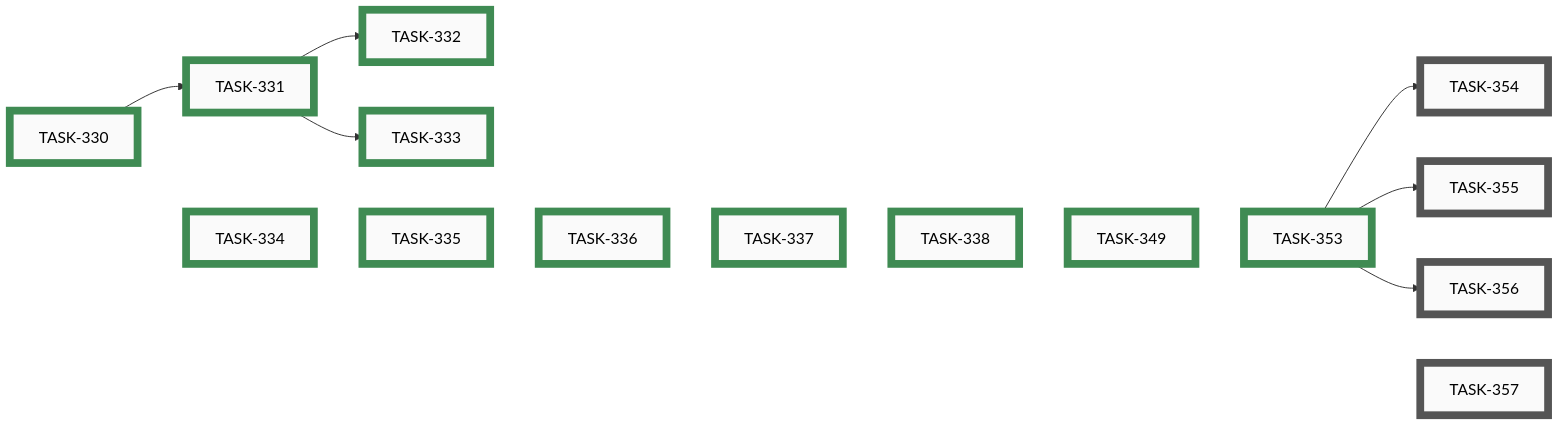
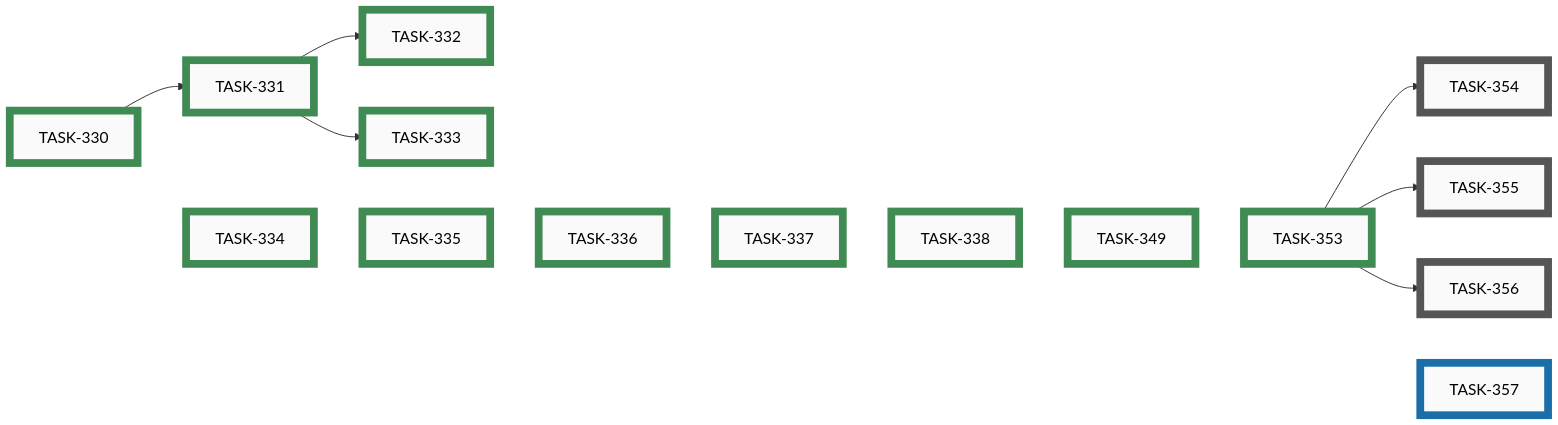
Before and after one commit to tgd1975/AwesomeStudioPedal: the eighth of 11 diagrams in docs/developers/tasks/EPICS.md, drawn with Mermaid. The commit also changed other lines of this file and 12 other files, not shown here.

````diff
--- a/docs/developers/tasks/EPICS.md
+++ b/docs/developers/tasks/EPICS.md
@@ -297,48 +297,48 @@
 ```mermaid
 graph LR
     TASK_354["TASK-354"]:::open
     TASK_355["TASK-355"]:::open
     TASK_356["TASK-356"]:::open
-    TASK_357["TASK-357"]:::open
+    TASK_357["TASK-357"]:::active
     TASK_330["TASK-330"]:::closed
     TASK_331["TASK-331"]:::closed
     TASK_332["TASK-332"]:::closed
     TASK_333["TASK-333"]:::closed
     TASK_334["TASK-334"]:::closed
     TASK_335["TASK-335"]:::closed
     TASK_336["TASK-336"]:::closed
     TASK_337["TASK-337"]:::closed
     TASK_338["TASK-338"]:::closed
     TASK_349["TASK-349"]:::closed
     TASK_353["TASK-353"]:::closed
     TASK_353 --> TASK_354
     TASK_353 --> TASK_355
     TASK_353 --> TASK_356
     TASK_330 --> TASK_331
     TASK_331 --> TASK_332
     TASK_331 --> TASK_333
     TASK_330 ~~~ TASK_334 ~~~ TASK_335 ~~~ TASK_336 ~~~ TASK_337 ~~~ TASK_338 ~~~ TASK_349 ~~~ TASK_353 ~~~ TASK_357
     click TASK_354 "open/task-354-firmware-version-read-characteristic.md"
     click TASK_355 "open/task-355-firmware-config-readback.md"
     click TASK_356 "open/task-356-firmware-active-profile-notify.md"
-    click TASK_357 "open/task-357-reconcile-max-config-bytes-doc-vs-code.md"
+    click TASK_357 "active/task-357-reconcile-max-config-bytes-doc-vs-code.md"
     click TASK_330 "closed/task-330-decide-content-page-open-questions.md"
     click TASK_331 "closed/task-331-add-info-about-page.md"
     click TASK_332 "closed/task-332-add-howto-quickstart-page.md"
     click TASK_333 "closed/task-333-add-profiles-troubleshooting-legal-pages.md"
     click TASK_334 "closed/task-334-add-startup-splash-screen.md"
     click TASK_335 "closed/task-335-add-connection-status-strip-and-details-sheet.md"
     click TASK_336 "closed/task-336-add-connected-pedal-page-board-only.md"
     click TASK_337 "closed/task-337-firmware-expose-version-config-active-profile.md"
     click TASK_338 "closed/task-338-add-hid-display-table-and-live-keystroke-page.md"
     click TASK_349 "closed/task-349-display-unified-version-in-mobile-app.md"
     click TASK_353 "closed/task-353-feasibility-firmware-ble-readback-surfaces.md"
     classDef open    fill:#FAFAFA,stroke:#555,stroke-width:8px,color:#000
     classDef active  fill:#FAFAFA,stroke:#1A6FA8,stroke-width:8px,color:#000
     classDef closed  fill:#FAFAFA,stroke:#3F8B53,stroke-width:8px,color:#000
     classDef paused  fill:#FAFAFA,stroke:#B07810,stroke-width:8px,color:#000
     classDef openExt    fill:#000,stroke:#888,stroke-width:8px,color:#FFF
     classDef activeExt  fill:#000,stroke:#3FA9F5,stroke-width:8px,color:#FFF
     classDef closedExt  fill:#000,stroke:#7CC68A,stroke-width:8px,color:#FFF
     classDef pausedExt  fill:#000,stroke:#F0B030,stroke-width:8px,color:#FFF
 ```
````
